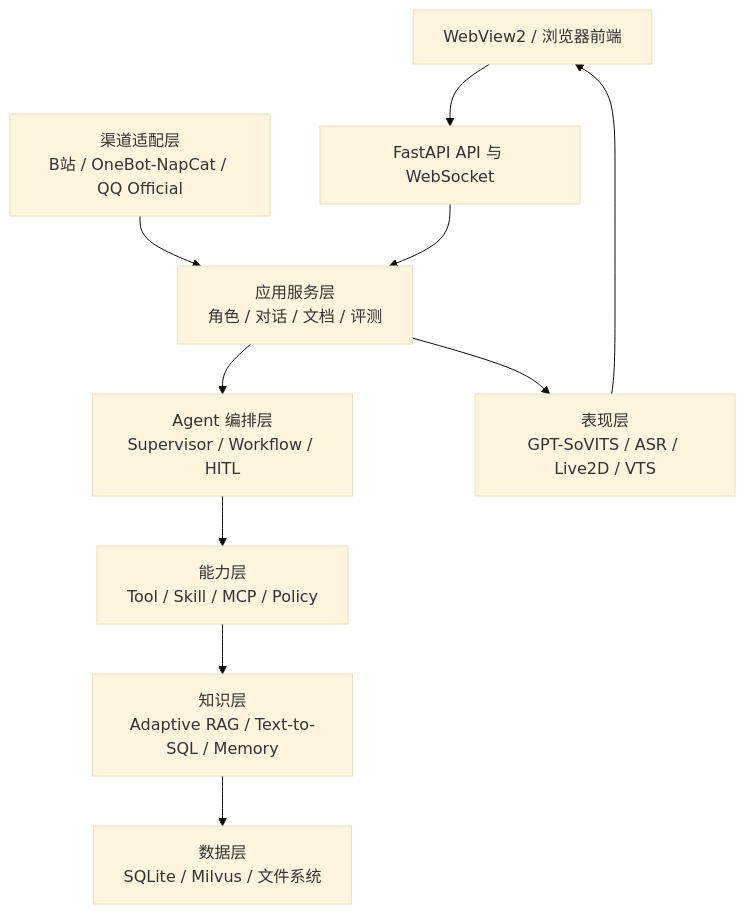
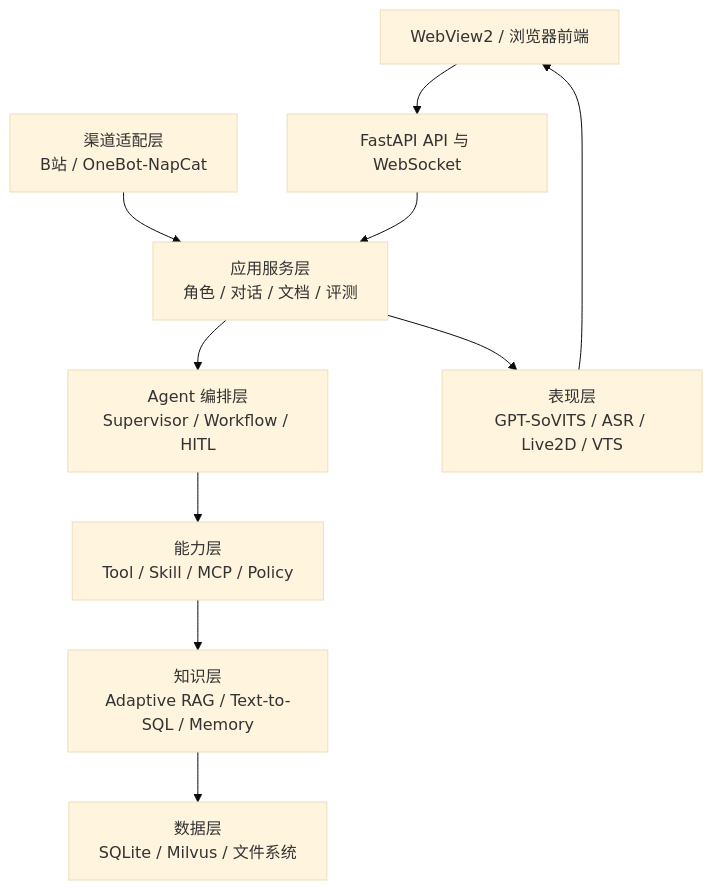
Before and after one commit to TKGEKKOU/yumeno: the first of 12 diagrams in docs/architecture/YUMENO-project-deep-dive.md, drawn with Mermaid (base theme). The commit also changed other lines of this file and 301 other files, not shown here.

````diff
--- a/docs/architecture/YUMENO-project-deep-dive.md
+++ b/docs/architecture/YUMENO-project-deep-dive.md
@@ -54,22 +57,22 @@
 ```mermaid
 flowchart TB
     UI["WebView2 / 浏览器前端"]
-    CH["渠道适配层\nB站 / OneBot-NapCat / QQ Official"]
+    CH["渠道适配层\nB站 / OneBot-NapCat"]
     API["FastAPI API 与 WebSocket"]
     APP["应用服务层\n角色 / 对话 / 文档 / 评测"]
     ORCH["Agent 编排层\nSupervisor / Workflow / HITL"]
     CAP["能力层\nTool / Skill / MCP / Policy"]
     RAG["知识层\nAdaptive RAG / Text-to-SQL / Memory"]
     DATA["数据层\nSQLite / Milvus / 文件系统"]
     MEDIA["表现层\nGPT-SoVITS / ASR / Live2D / VTS"]
 
     UI --> API
     CH --> APP
     API --> APP
     APP --> ORCH
     ORCH --> CAP
     CAP --> RAG
     RAG --> DATA
     APP --> MEDIA
     MEDIA --> UI
 ```
````
